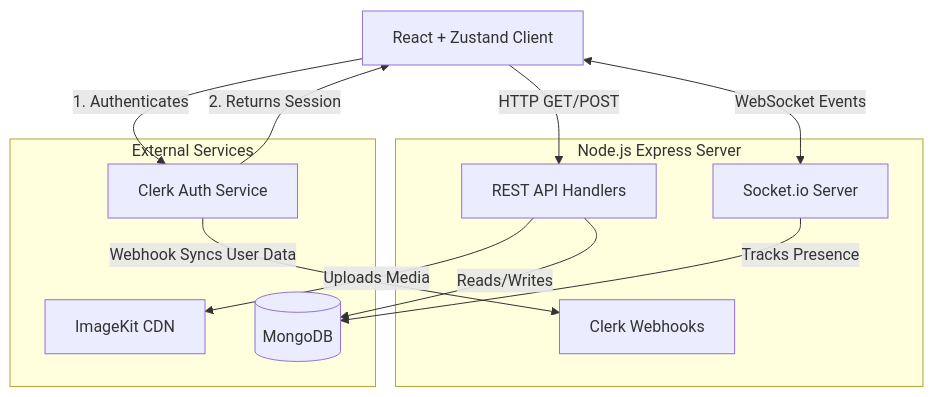
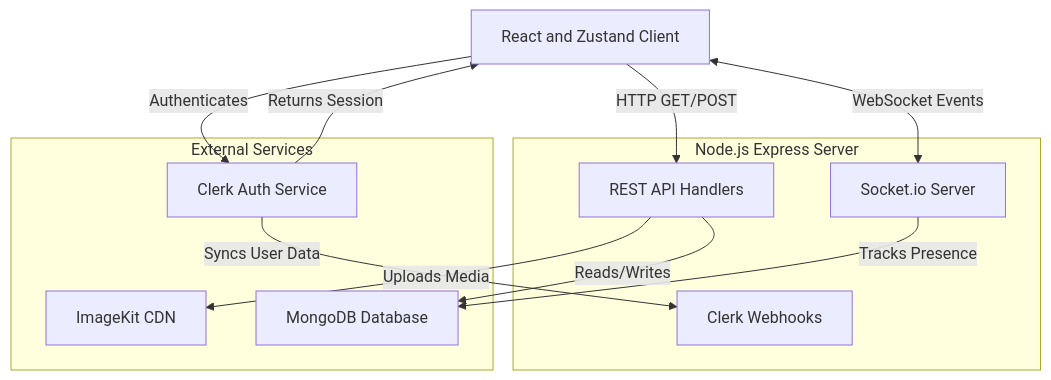
One commit to Sid-LD/SocketSphere changed the first of 2 diagrams in README.md. Above: the diagram before and after it, drawn with Mermaid. The commit also changed other lines of this file, not shown here.

Commit message:
final change 2

````diff
--- a/README.md
+++ b/README.md
@@ -22,26 +22,26 @@
 ```mermaid
 graph TD
-    Client[React + Zustand Client]
+    Client["React and Zustand Client"]
     
-    subgraph Backend [Node.js Express Server]
-        REST[REST API Handlers]
-        Socket[Socket.io Server]
-        ClerkWebhooks[Clerk Webhooks]
+    subgraph Backend ["Node.js Express Server"]
+        REST["REST API Handlers"]
+        Socket["Socket.io Server"]
+        ClerkWebhooks["Clerk Webhooks"]
     end
 
-    subgraph External Services
-        Clerk[Clerk Auth Service]
-        ImageKit[ImageKit CDN]
-        Mongo[(MongoDB)]
+    subgraph ExternalServices ["External Services"]
+        Clerk["Clerk Auth Service"]
+        ImageKit["ImageKit CDN"]
+        Mongo["MongoDB Database"]
     end
 
-    Client -->|1. Authenticates| Clerk
-    Clerk -->|2. Returns Session| Client
+    Client -->|Authenticates| Clerk
+    Clerk -->|Returns Session| Client
     Client -->|HTTP GET/POST| REST
     Client <-->|WebSocket Events| Socket
-    Clerk -->|Webhook Syncs User Data| ClerkWebhooks
+    Clerk -->|Syncs User Data| ClerkWebhooks
     
     REST -->|Reads/Writes| Mongo
     REST -->|Uploads Media| ImageKit
     Socket -->|Tracks Presence| Mongo
 ```
````
